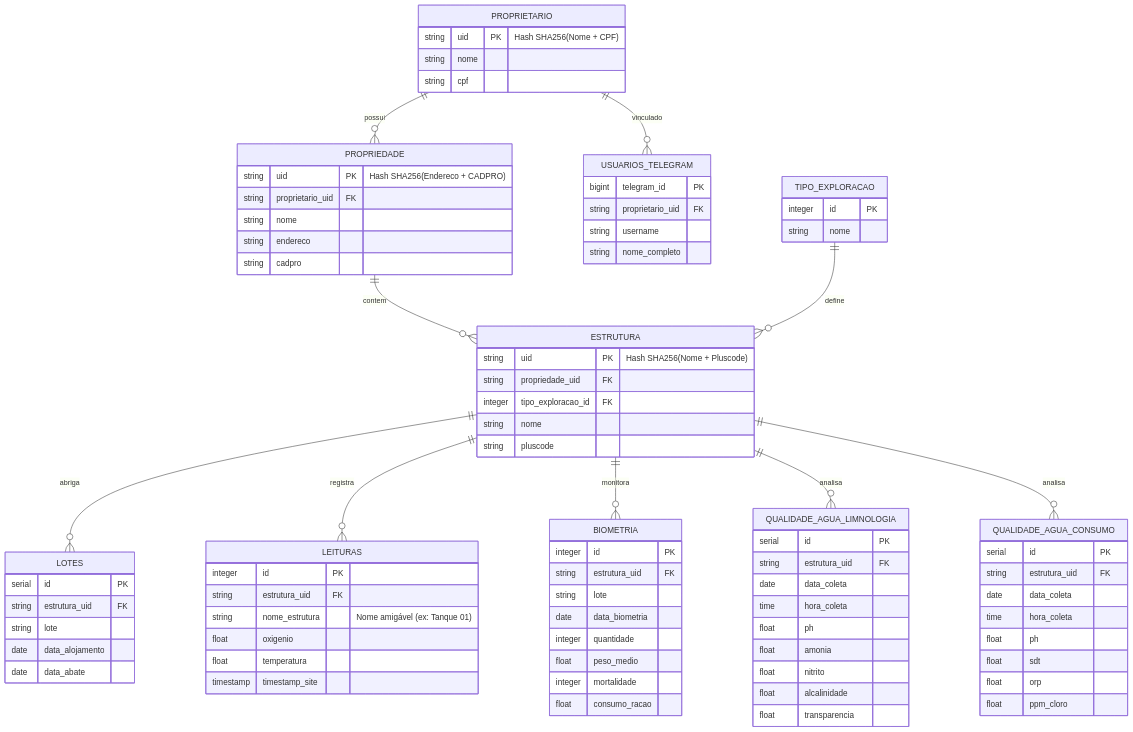
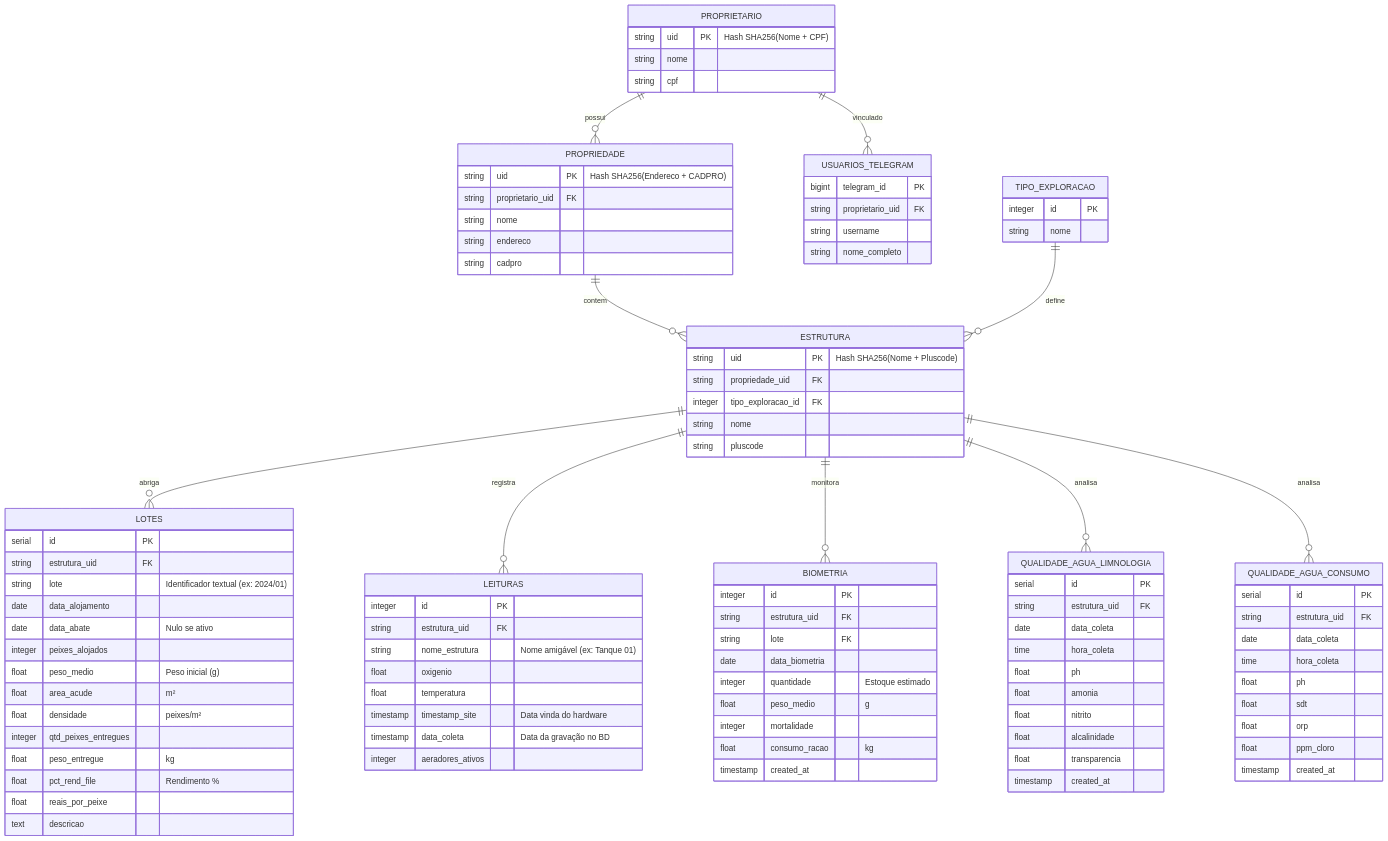
The diagram in docs/MER.md (brunocorisco86/generalsystemscraping), drawn with Mermaid before and after one commit. The commit also changed other lines of this file, not shown here.

Commit message:
docs: refactor MER.md to align with technical standard (Ficha Verde/Abate) and new columns

````diff
--- a/docs/MER.md
+++ b/docs/MER.md
@@ -53,9 +53,18 @@
     LOTES {
         serial id PK
         string estrutura_uid FK
-        string lote
+        string lote "Identificador textual (ex: 2024/01)"
         date data_alojamento
-        date data_abate
+        date data_abate "Nulo se ativo"
+        integer peixes_alojados
+        float peso_medio "Peso inicial (g)"
+        float area_acude "m²"
+        float densidade "peixes/m²"
+        integer qtd_peixes_entregues
+        float peso_entregue "kg"
+        float pct_rend_file "Rendimento %"
+        float reais_por_peixe
+        text descricao
     }
 
     LEITURAS {
@@ -64,18 +73,21 @@
         string nome_estrutura "Nome amigável (ex: Tanque 01)"
         float oxigenio
         float temperatura
-        timestamp timestamp_site
+        timestamp timestamp_site "Data vinda do hardware"
+        timestamp data_coleta "Data da gravação no BD"
+        integer aeradores_ativos
     }
 
     BIOMETRIA {
         integer id PK
         string estrutura_uid FK
-        string lote
+        string lote FK
         date data_biometria
-        integer quantidade
-        float peso_medio
+        integer quantidade "Estoque estimado"
+        float peso_medio "g"
         integer mortalidade
-        float consumo_racao
+        float consumo_racao "kg"
+        timestamp created_at
     }
 
     QUALIDADE_AGUA_LIMNOLOGIA {
@@ -88,6 +100,7 @@
         float nitrito
         float alcalinidade
         float transparencia
+        timestamp created_at
     }
 
     QUALIDADE_AGUA_CONSUMO {
@@ -99,5 +112,6 @@
         float sdt
         float orp
         float ppm_cloro
+        timestamp created_at
     }
 ```
````
